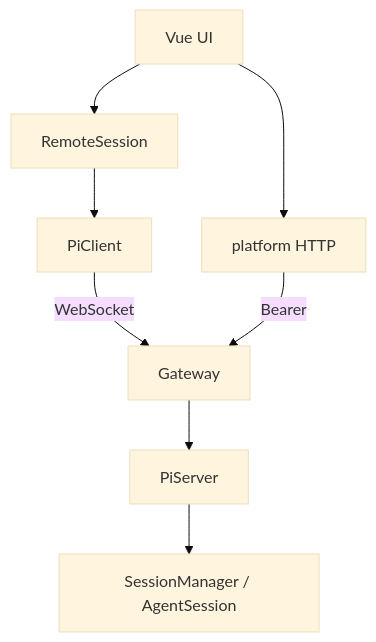
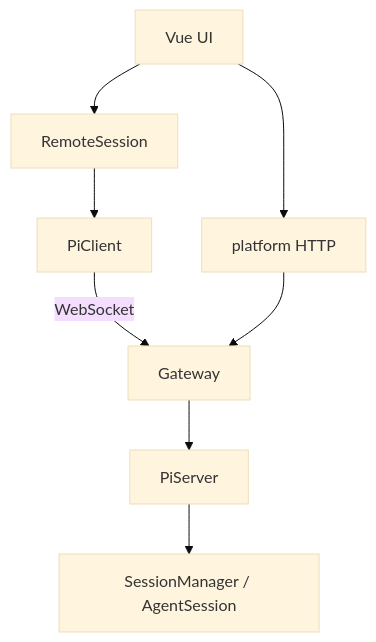
One commit to minuque/pig changed the first of 8 diagrams in JOURNEYS.md. Above: the diagram before and after it, drawn with Mermaid (base theme). The commit also changed other lines of this file and 24 other files, not shown here.

````diff
--- a/JOURNEYS.md
+++ b/JOURNEYS.md
@@ -10,18 +10,18 @@
 ```mermaid
 flowchart TB
   UI[Vue UI]
   RS[RemoteSession]
   PC[PiClient]
   HTTP[platform HTTP]
   GW[Gateway]
   PS[PiServer]
   SDK[SessionManager / AgentSession]
 
   UI --> RS
   UI --> HTTP
   RS --> PC
   PC -->|WebSocket| GW
-  HTTP -->|Bearer| GW
+  HTTP --> GW
   GW --> PS
   PS --> SDK
 ```
````
